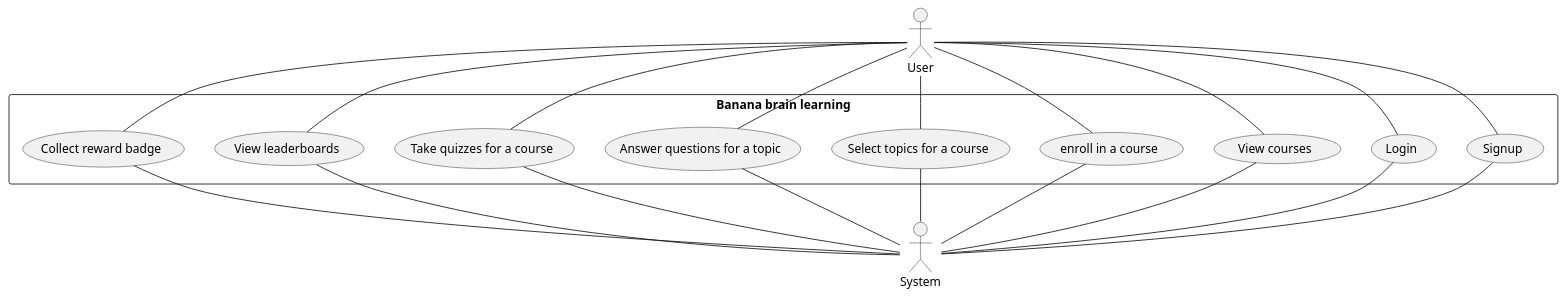
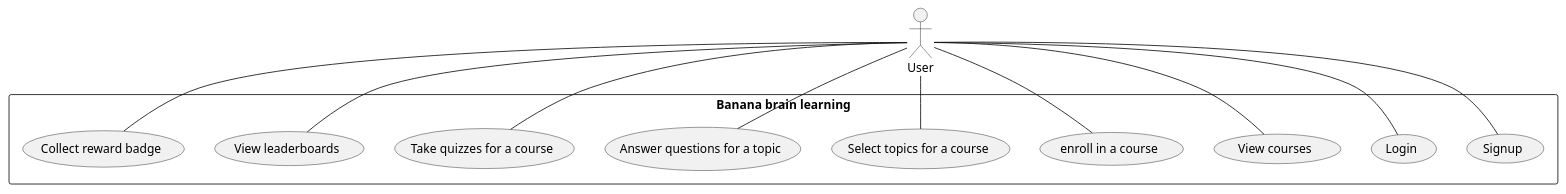
The diagram in documentation/useCases/use_case_diagram.puml (Noureqo1/Banana-brain-learning), drawn with PlantUML before and after one commit. The commit also changed 10 other files, not shown here.

```diff
--- a/documentation/useCases/use_case_diagram.puml
+++ b/documentation/useCases/use_case_diagram.puml
@@ -1,36 +1,27 @@
 @startuml
 actor "User" as User
-actor "System" as System
-
 rectangle "Banana brain learning" {
     usecase "Signup"
     usecase "Login"
     usecase "View courses"
     usecase "enroll in a course"
     usecase "Select topics for a course"
     usecase "Answer questions for a topic"
     usecase "Take quizzes for a course"
     usecase "View leaderboards"
     usecase "Collect reward badge"
 }
 
 User -- "Signup"
 User -- "Login"
 User -- "View courses"
 User -- "enroll in a course"
 User -- "Select topics for a course"
 User -- "Answer questions for a topic"
 User -- "View leaderboards"
 User -- "Take quizzes for a course"
 User -- "Collect reward badge"
 
-"Signup" -- System
-"Login" -- System
-"View courses" -- System
-"enroll in a course" -- System
-System -- "Select topics for a course"
-"Answer questions for a topic" -- System
-"Take quizzes for a course" -- System
-"View leaderboards" -- System
-"Collect reward badge" -- System
+
+
 @enduml
```
